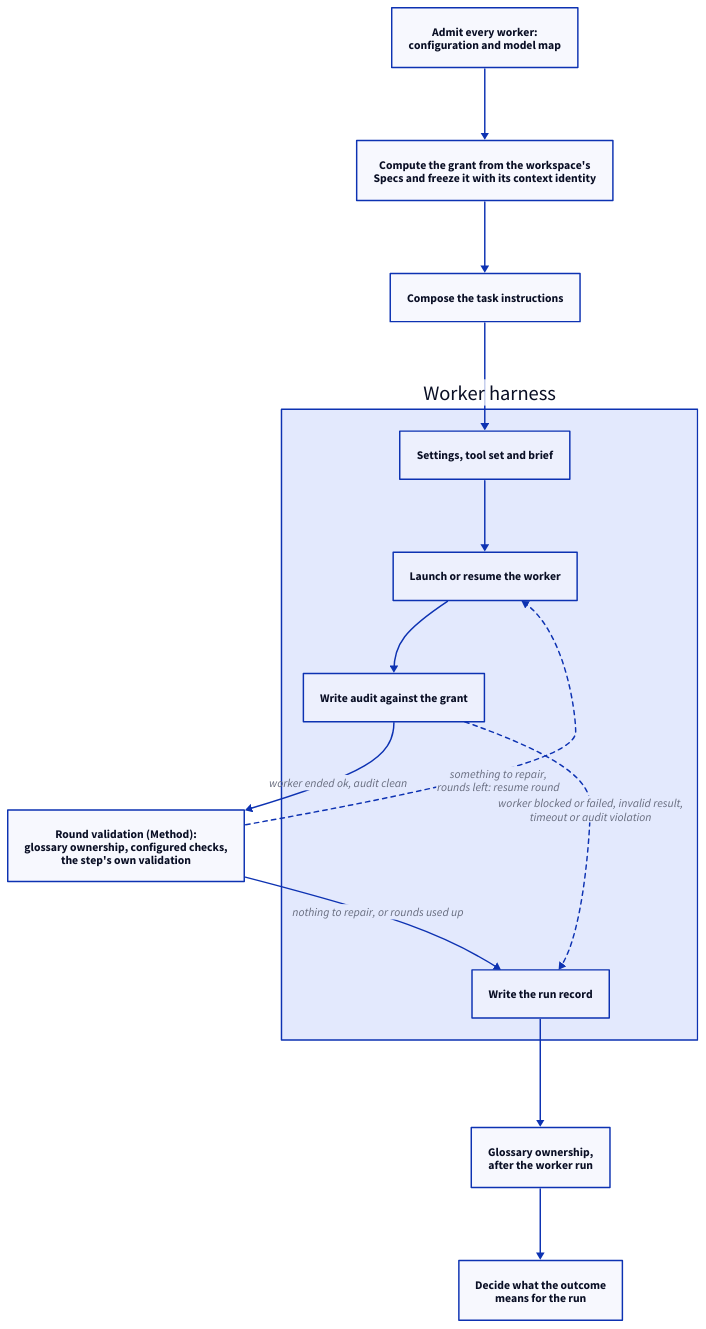
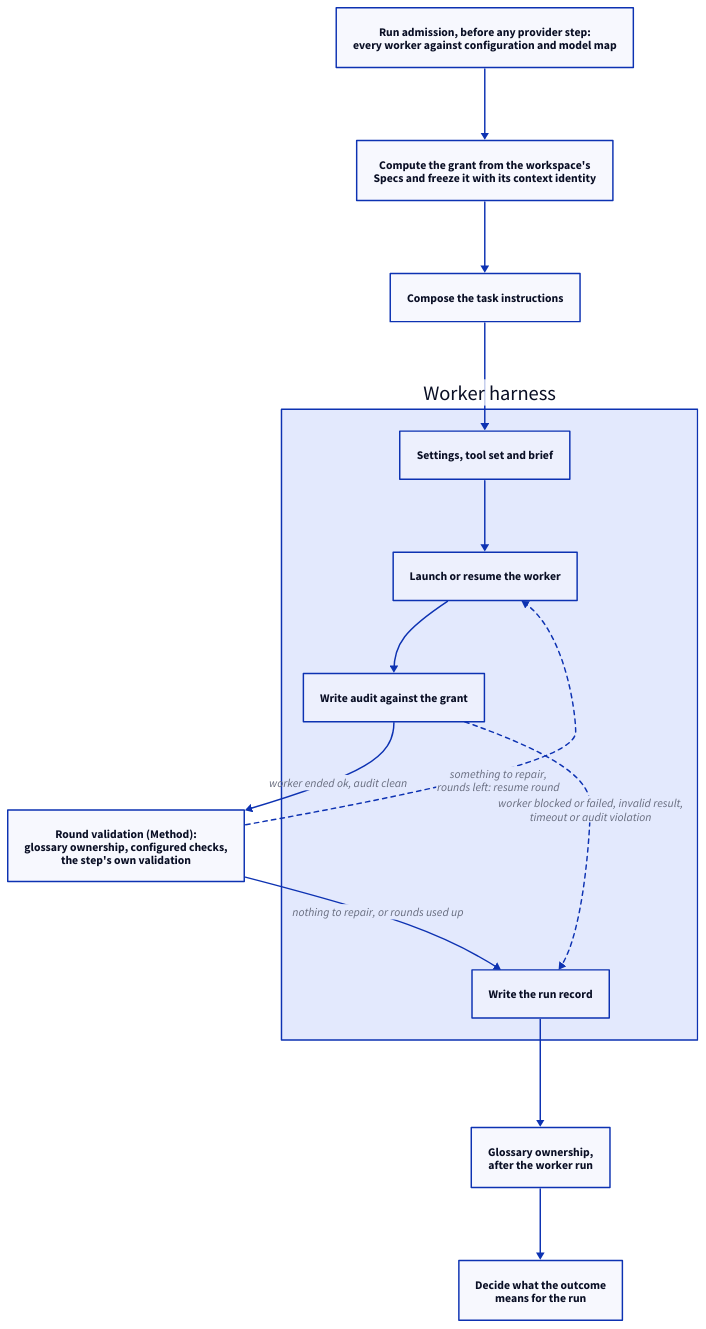
The second of 2 diagrams in specs/concorde/method/module.md (FTOD/concorde), drawn with D2 before and after one commit. The commit also changed other lines of this file and 3 other files, not shown here.

````diff
--- a/specs/concorde/method/module.md
+++ b/specs/concorde/method/module.md
@@ -155,22 +159,22 @@
 ```d2 illustrative
 direction: down
-admit: "Admit every worker:\nconfiguration and model map"
+admit: "Run admission, before any provider step:\nevery worker against configuration and model map"
 grant: "Compute the grant from the workspace's\nSpecs and freeze it with its context identity"
 instruct: "Compose the task instructions"
 wh: Worker harness {
   prepare: "Settings, tool set and brief"
   launch: "Launch or resume the worker"
   audit: "Write audit against the grant"
   record: "Write the run record"
   prepare -> launch -> audit
 }
 validation: "Round validation (Method):\nglossary ownership, configured checks,\nthe step's own validation"
 decide: "Decide what the outcome\nmeans for the run"
 admit -> grant -> instruct -> wh.prepare
 wh.audit -> validation: "worker ended ok, audit clean"
 validation -> wh.launch: "something to repair,\nrounds left: resume round" {style.stroke-dash: 3}
 validation -> wh.record: "nothing to repair, or rounds used up"
 wh.audit -> wh.record: "worker blocked or failed, invalid result,\ntimeout or audit violation" {style.stroke-dash: 3}
 ownership: "Glossary ownership,\nafter the worker run"
 wh.record -> ownership -> decide
 ```
````
